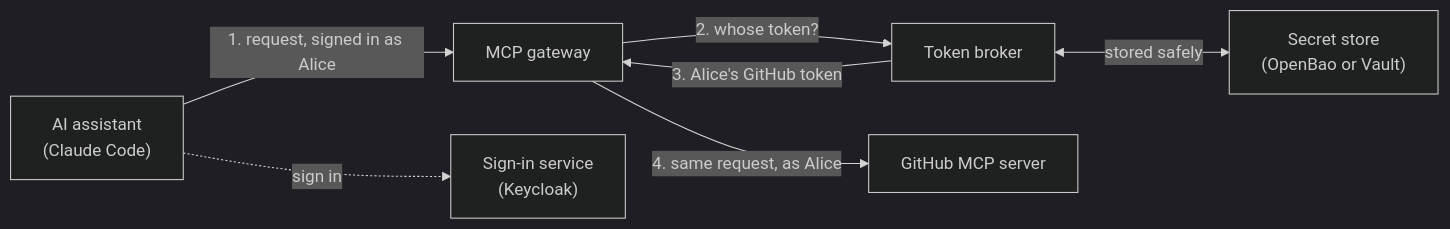
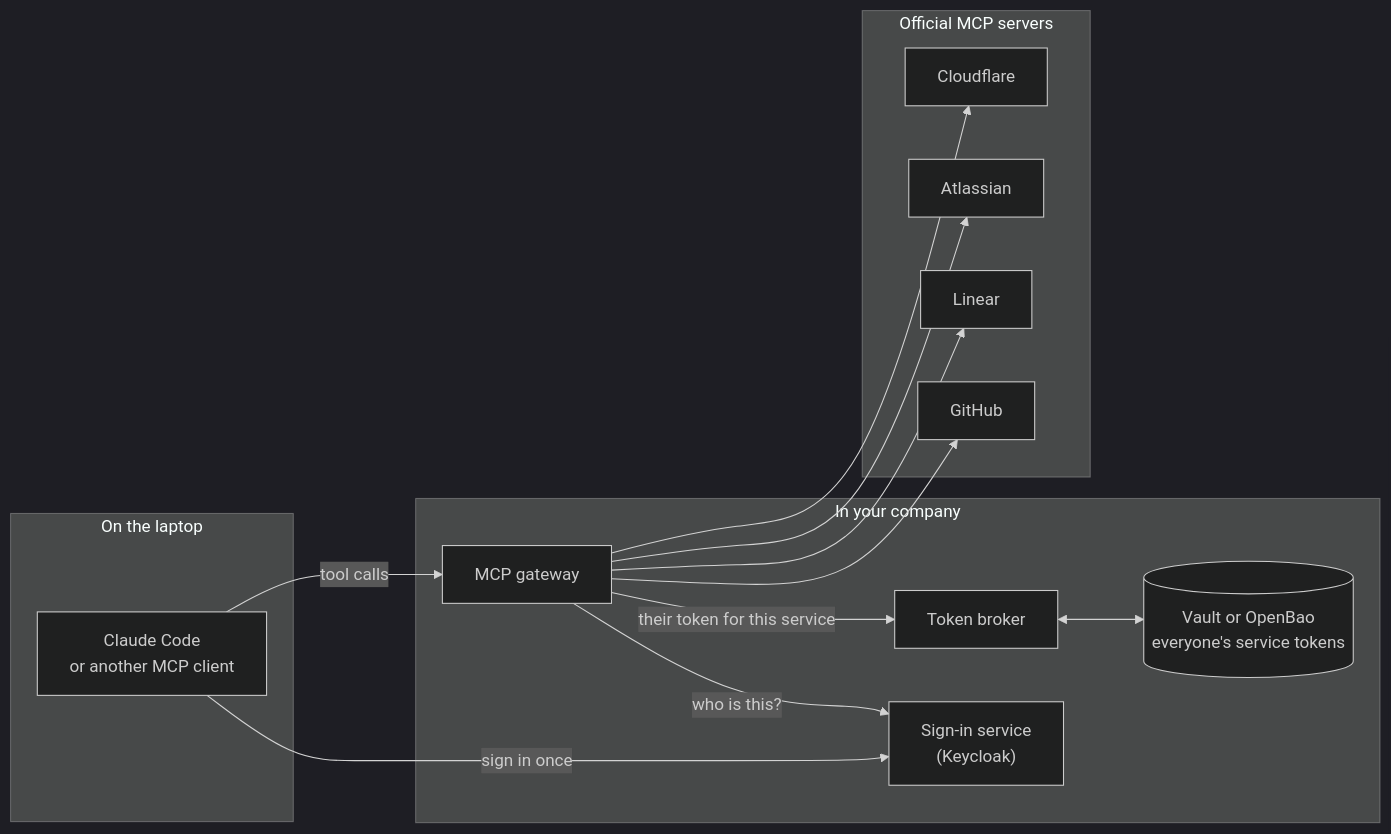
Before and after one commit to chief-builder/vendor-token-broker: the first of 5 diagrams in docs/overview.md, drawn with Mermaid (dark theme). The commit also changed other lines of this file and 26 other files, not shown here.

````diff
--- a/docs/overview.md
+++ b/docs/overview.md
@@ -18,9 +16,27 @@
 ```mermaid
 flowchart LR
-    C["AI assistant<br/>(Claude Code)"] -->|"1. request, signed in as Alice"| G["MCP gateway"]
-    G -->|"2. whose token?"| B["Token broker"]
-    B -->|"3. Alice's GitHub token"| G
-    G -->|"4. same request, as Alice"| M["GitHub MCP server"]
-    B <-->|"stored safely"| K["Secret store<br/>(OpenBao or Vault)"]
-    C -.->|"sign in"| H["Sign-in service<br/>(Keycloak)"]
+    subgraph laptop["On the laptop"]
+        C["Claude Code<br/>or another MCP client"]
+    end
+    subgraph company["In your company"]
+        H["Sign-in service<br/>(Keycloak)"]
+        G["MCP gateway"]
+        B["Token broker"]
+        V[("Vault or OpenBao<br/>everyone's service tokens")]
+    end
+    subgraph services["Official MCP servers"]
+        GH["GitHub"]
+        LN["Linear"]
+        AT["Atlassian"]
+        CF["Cloudflare"]
+    end
+    C -->|"sign in once"| H
+    C -->|"tool calls"| G
+    G -->|"who is this?"| H
+    G -->|"their token for this service"| B
+    B <--> V
+    G --> GH
+    G --> LN
+    G --> AT
+    G --> CF
 ```
````
